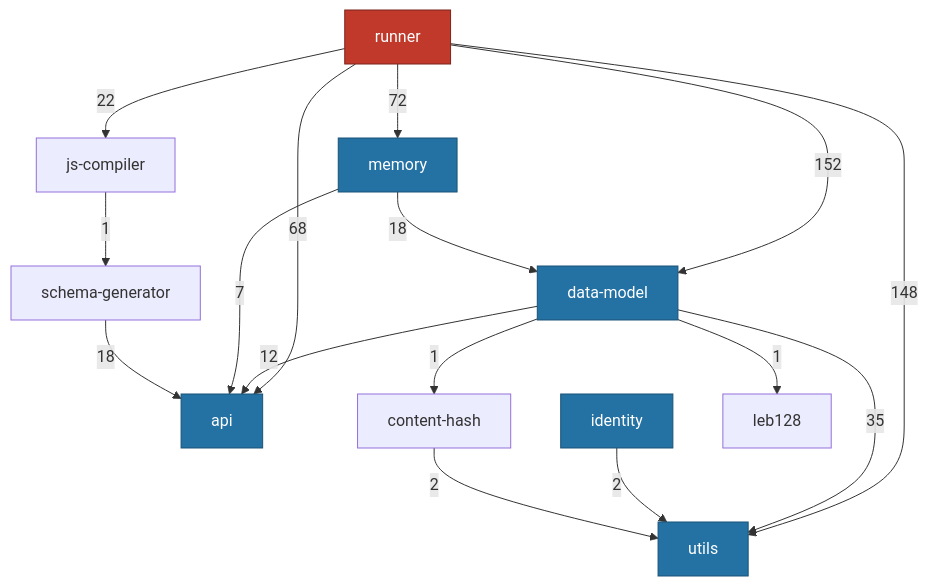
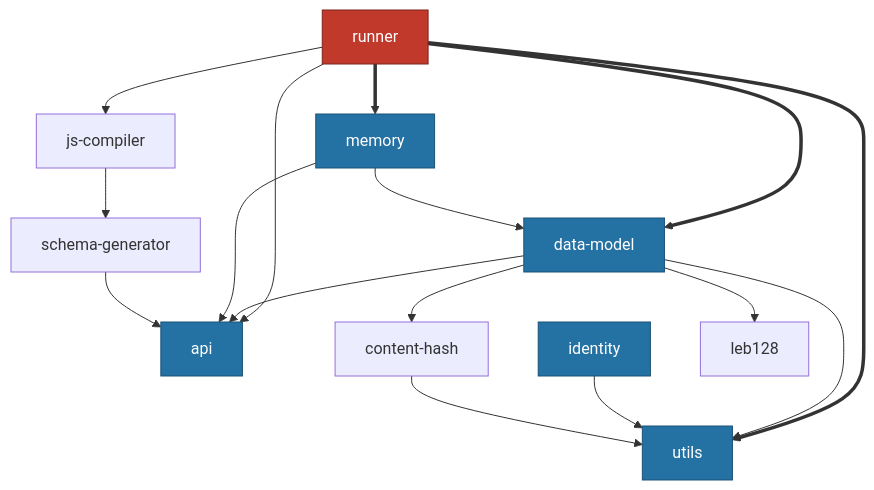
One commit to commontoolsinc/labs changed the first of 3 diagrams in docs/development/orientation/dependency-graph.md. Above: the diagram before and after it, drawn with Mermaid. The commit also changed other lines of this file and 8 other files, not shown here.

````diff
--- a/docs/development/orientation/dependency-graph.md
+++ b/docs/development/orientation/dependency-graph.md
@@ -31,30 +31,30 @@
 ```mermaid
 flowchart TD
     classDef hub fill:#c0392b,stroke:#7b241c,color:#fff
     classDef floor fill:#2471a3,stroke:#1a5276,color:#fff
 
     runner["runner"]:::hub
     utils["utils"]:::floor
     datamodel["data-model"]:::floor
     api["api"]:::floor
     identity["identity"]:::floor
     memory["memory"]:::floor
     contenthash["content-hash"]
     leb128["leb128"]
 
-    runner -->|152| datamodel
-    runner -->|148| utils
-    runner -->|72| memory
-    runner -->|68| api
-    runner -->|22| jsc["js-compiler"]
-    datamodel -->|35| utils
-    datamodel -->|12| api
-    datamodel -->|1| contenthash
-    datamodel -->|1| leb128
-    memory -->|18| datamodel
-    memory -->|7| api
-    identity -->|2| utils
-    contenthash -->|2| utils
-    jsc -->|1| schemagen["schema-generator"]
-    schemagen -->|18| api
+    runner ==> datamodel
+    runner ==> utils
+    runner ==> memory
+    runner --> api
+    runner --> jsc["js-compiler"]
+    datamodel --> utils
+    datamodel --> api
+    datamodel --> contenthash
+    datamodel --> leb128
+    memory --> datamodel
+    memory --> api
+    identity --> utils
+    contenthash --> utils
+    jsc --> schemagen["schema-generator"]
+    schemagen --> api
 ```
````
